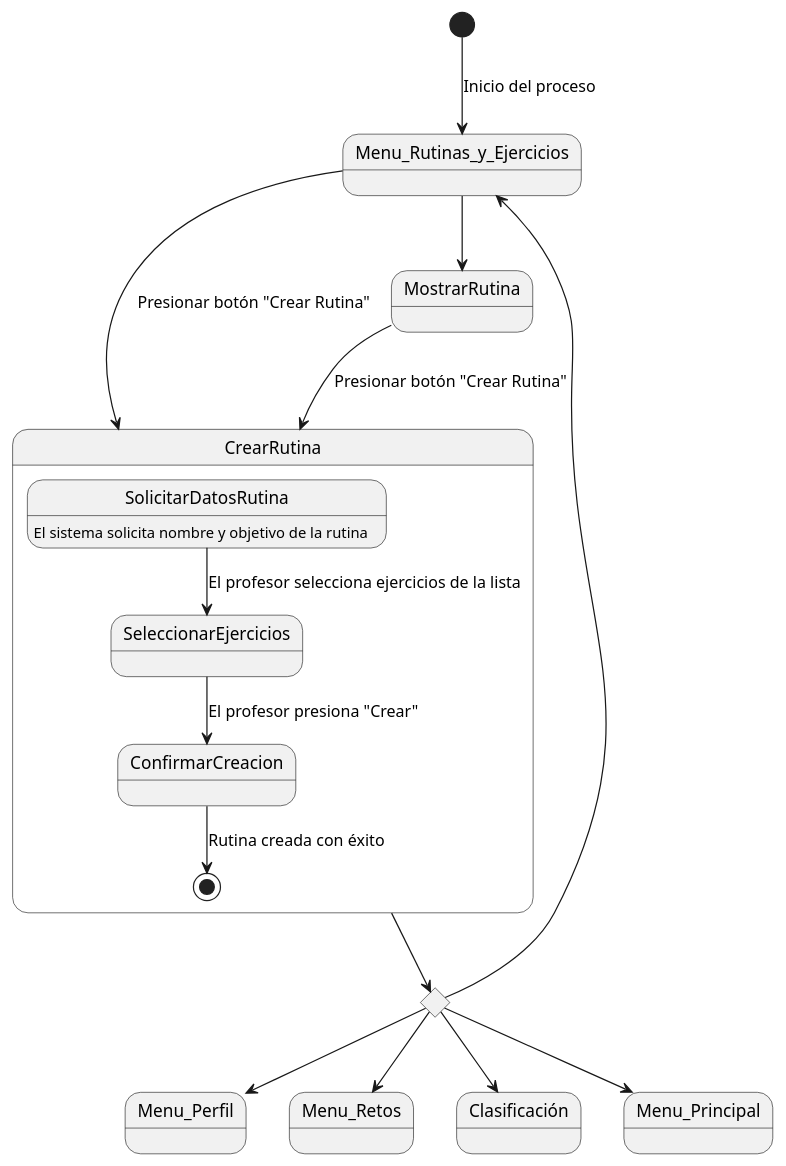
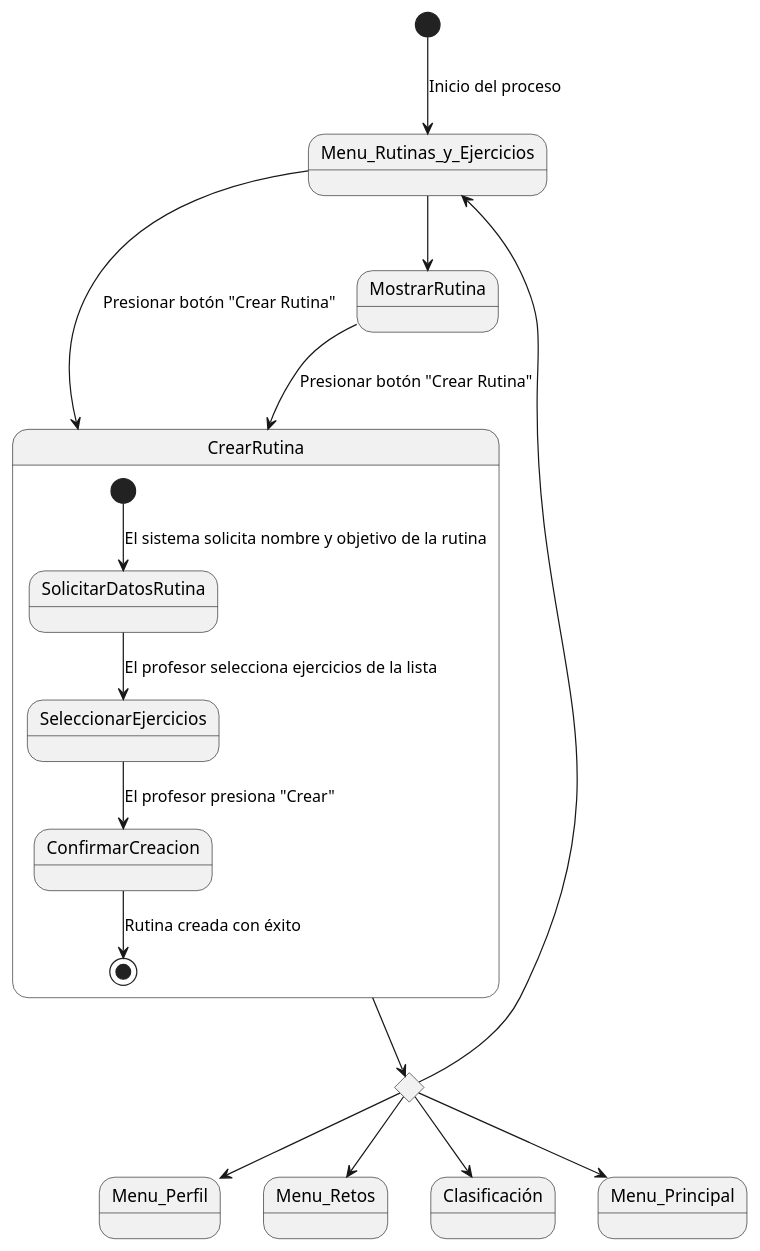
Before and after one commit to mmasias/24-25-IdSw1-SDR: the diagram in Documentos/DetallarCasosDeUso/Profesor/CrearRutina.puml, drawn with PlantUML.

```diff
--- a/Documentos/DetallarCasosDeUso/Profesor/CrearRutina.puml
+++ b/Documentos/DetallarCasosDeUso/Profesor/CrearRutina.puml
@@ -1,21 +1,21 @@
 @startuml
 [*] --> Menu_Rutinas_y_Ejercicios : Inicio del proceso
 state rombo <<choice>>
 rombo --> Menu_Perfil
 rombo --> Menu_Retos
 rombo --> Clasificación
 rombo --> Menu_Rutinas_y_Ejercicios
 rombo --> Menu_Principal
 
 Menu_Rutinas_y_Ejercicios --> CrearRutina : Presionar botón "Crear Rutina"
 Menu_Rutinas_y_Ejercicios --> MostrarRutina
 MostrarRutina --> CrearRutina: Presionar botón "Crear Rutina"
 CrearRutina --> rombo
 
 state CrearRutina {
-  SolicitarDatosRutina : El sistema solicita nombre y objetivo de la rutina
+  [*] -->SolicitarDatosRutina : El sistema solicita nombre y objetivo de la rutina
   SolicitarDatosRutina --> SeleccionarEjercicios : El profesor selecciona ejercicios de la lista
   SeleccionarEjercicios --> ConfirmarCreacion : El profesor presiona "Crear"
   ConfirmarCreacion --> [*] : Rutina creada con éxito
 }
 @enduml
```
